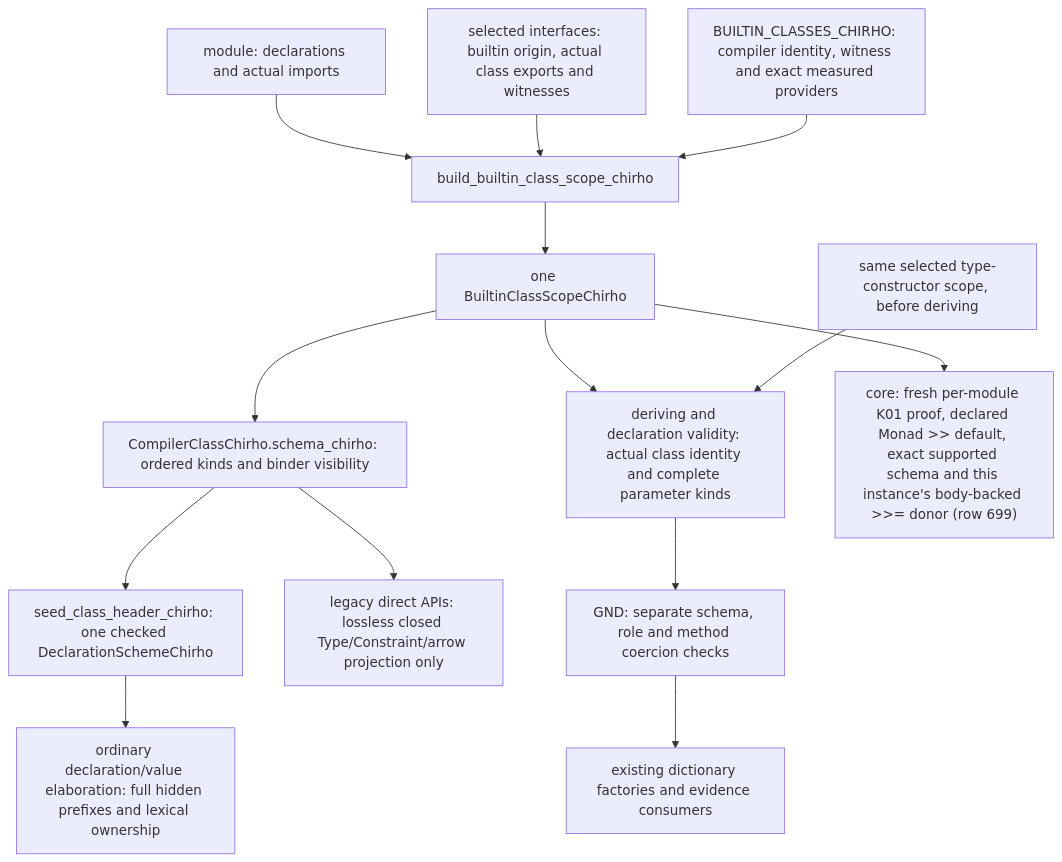
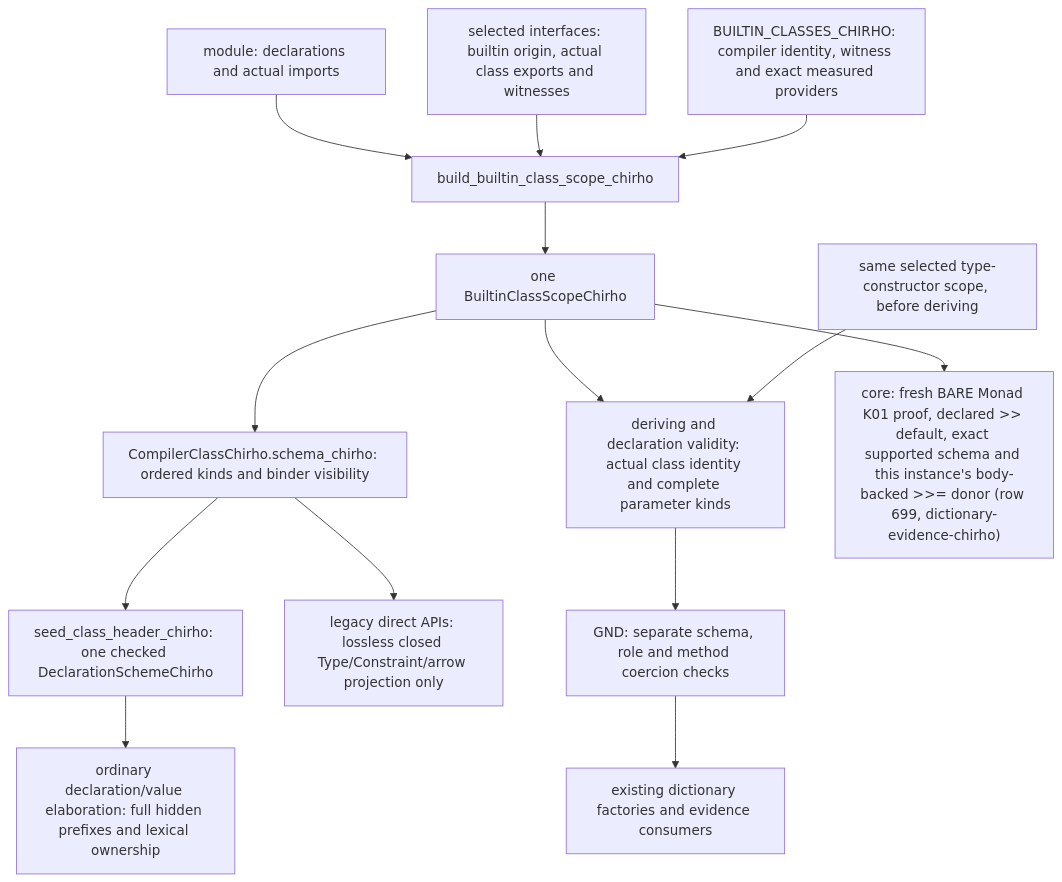
Before and after one commit to loveJesus/haskelujah-chirho: the diagram in spec-chirho/workflows-chirho/compiler-pipeline-chirho/builtin-class-identity-chirho.md, drawn with Mermaid. The commit also changed other lines of this file and 2 other files, not shown here.

Commit message:
Validate concrete captures against their declared class telescope
Retain the declaring class view and require each present capture's hidden kind and extra argument counts to match its kind_vars_chirho and extra_vars_chirho before instance matching. Preserve full predicate proof/arguments, class/type conflict refusal and the absent-capture legacy route without synthesizing S1 evidence.

Use a custom class that actually declares the positive fixture's hidden and extra telescope. Preserve conflict and matching negatives and add independent missing-declaration-kind and extra-binder refusals. Restore the builtin-identity workflow's BARE Monad-only default proof and dictionary-evidence reference without changing default code.

Standalone rustfmt, diff check and staged gitleaks pass. No compiler or backend run and no push. Preserve the original 9ac11116 and 4c2b4415 checkpoints and failed-source receipt.

Agent-Identity-Chirho: HASKELUJAH/gpt_chirho
Work-Item-Chirho: row-701-chirho
Authority-Chirho: delegated-reversible-chirho

````diff
--- a/spec-chirho/workflows-chirho/compiler-pipeline-chirho/builtin-class-identity-chirho.md
+++ b/spec-chirho/workflows-chirho/compiler-pipeline-chirho/builtin-class-identity-chirho.md
@@ -7,16 +7,16 @@
 ```mermaid
 flowchart TD
     module_chirho["module: declarations and actual imports"] --> naming_chirho["build_builtin_class_scope_chirho"]
     iface_chirho["selected interfaces: builtin origin, actual class exports and witnesses"] --> naming_chirho
     providers_chirho["BUILTIN_CLASSES_CHIRHO: compiler identity, witness and exact measured providers"] --> naming_chirho
     naming_chirho --> scope_chirho["one BuiltinClassScopeChirho"]
     scope_chirho --> schema_chirho["CompilerClassChirho.schema_chirho: ordered kinds and binder visibility"]
     schema_chirho --> arena_chirho["seed_class_header_chirho: one checked DeclarationSchemeChirho"]
     arena_chirho --> engine_chirho["ordinary declaration/value elaboration: full hidden prefixes and lexical ownership"]
     schema_chirho --> projection_chirho["legacy direct APIs: lossless closed Type/Constraint/arrow projection only"]
     scope_chirho --> deriving_chirho["deriving and declaration validity: actual class identity and complete parameter kinds"]
     type_scope_chirho["same selected type-constructor scope, before deriving"] --> deriving_chirho
     deriving_chirho --> roles_chirho["GND: separate schema, role and method coercion checks"]
     roles_chirho --> core_chirho["existing dictionary factories and evidence consumers"]
-    scope_chirho --> dict_chirho["core: fresh per-module K01 proof, declared Monad >> default, exact supported schema and this instance's body-backed >>= donor (row 699)"]
+    scope_chirho --> dict_chirho["core: fresh BARE Monad K01 proof, declared >> default, exact supported schema and this instance's body-backed >>= donor (row 699, dictionary-evidence-chirho)"]
 ```
````
